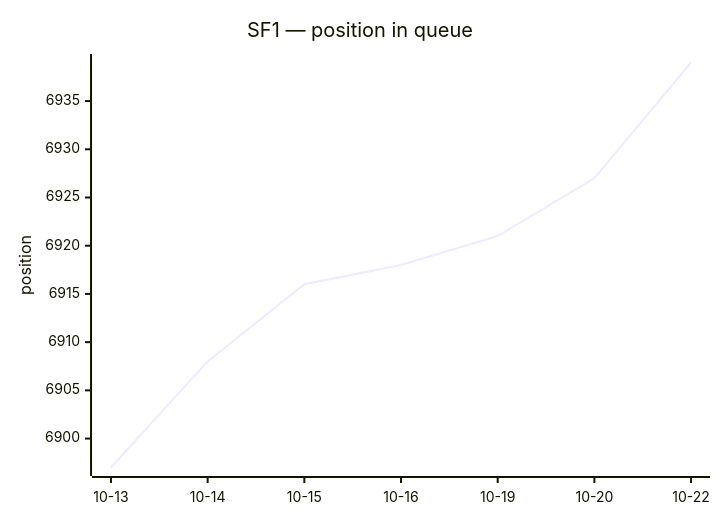
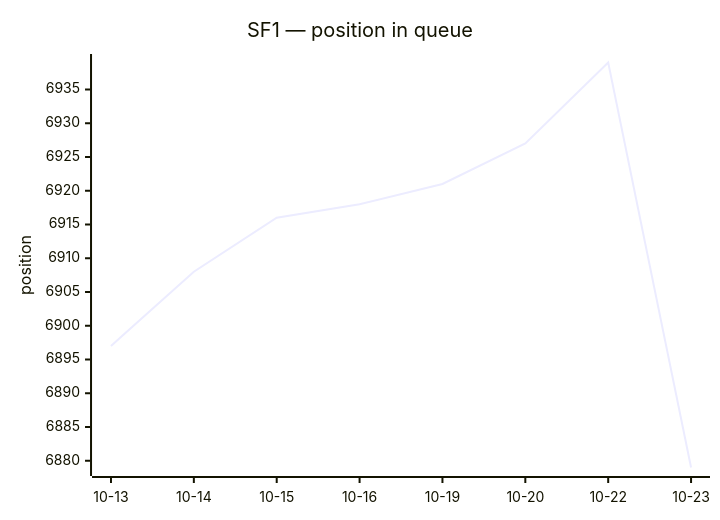
Before and after one commit to thyarles/thyarles: the first of 2 diagrams in queue/README.md, drawn with Mermaid. The commit also changed other lines of this file and 1 other file, not shown here.

````diff
--- a/queue/README.md
+++ b/queue/README.md
@@ -20,7 +20,7 @@
 ```mermaid
 xychart-beta
   title "SF1 — position in queue"
-  x-axis ["10-13", "10-14", "10-15", "10-16", "10-19", "10-20", "10-22"]
+  x-axis ["10-13", "10-14", "10-15", "10-16", "10-19", "10-20", "10-22", "10-23"]
   y-axis "position"
-  line [6897, 6908, 6916, 6918, 6921, 6927, 6939]
+  line [6897, 6908, 6916, 6918, 6921, 6927, 6939, 6879]
 ```
````
